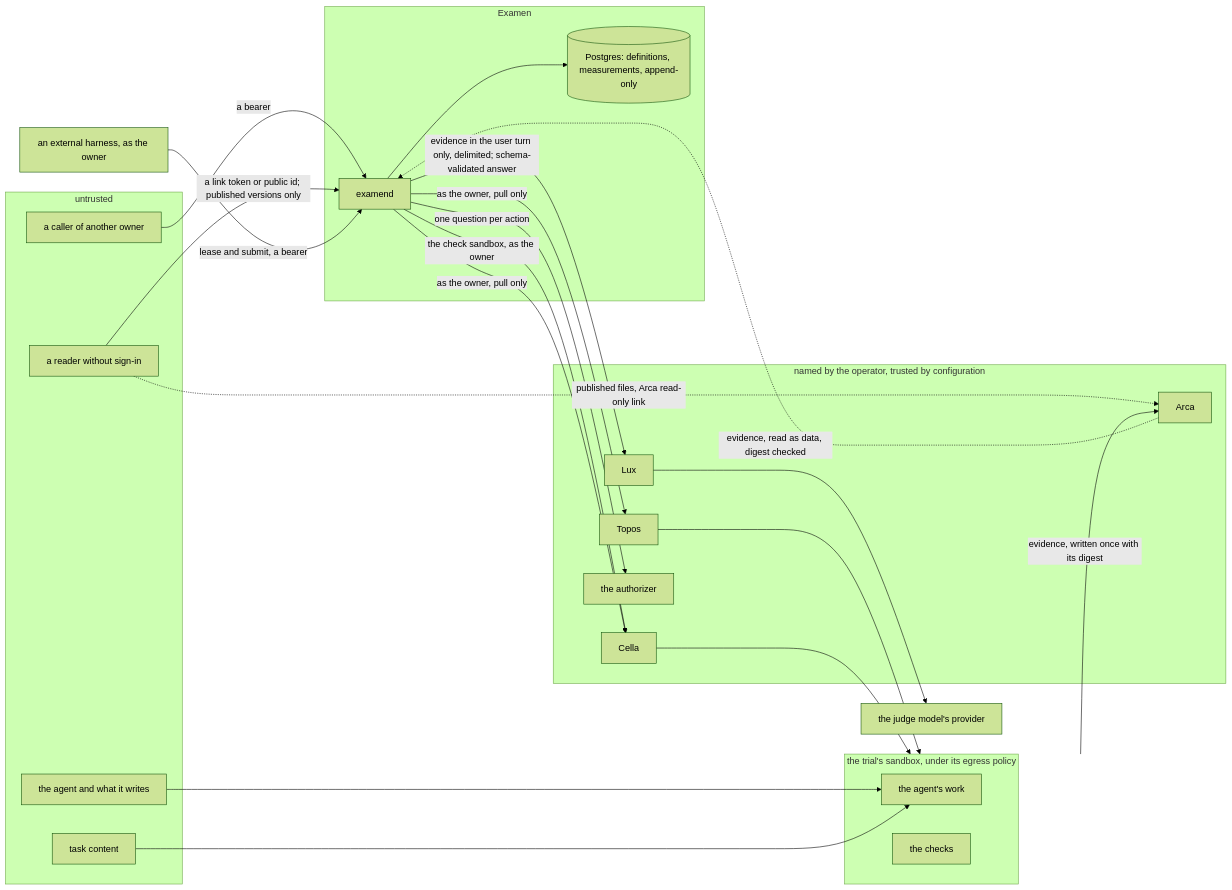
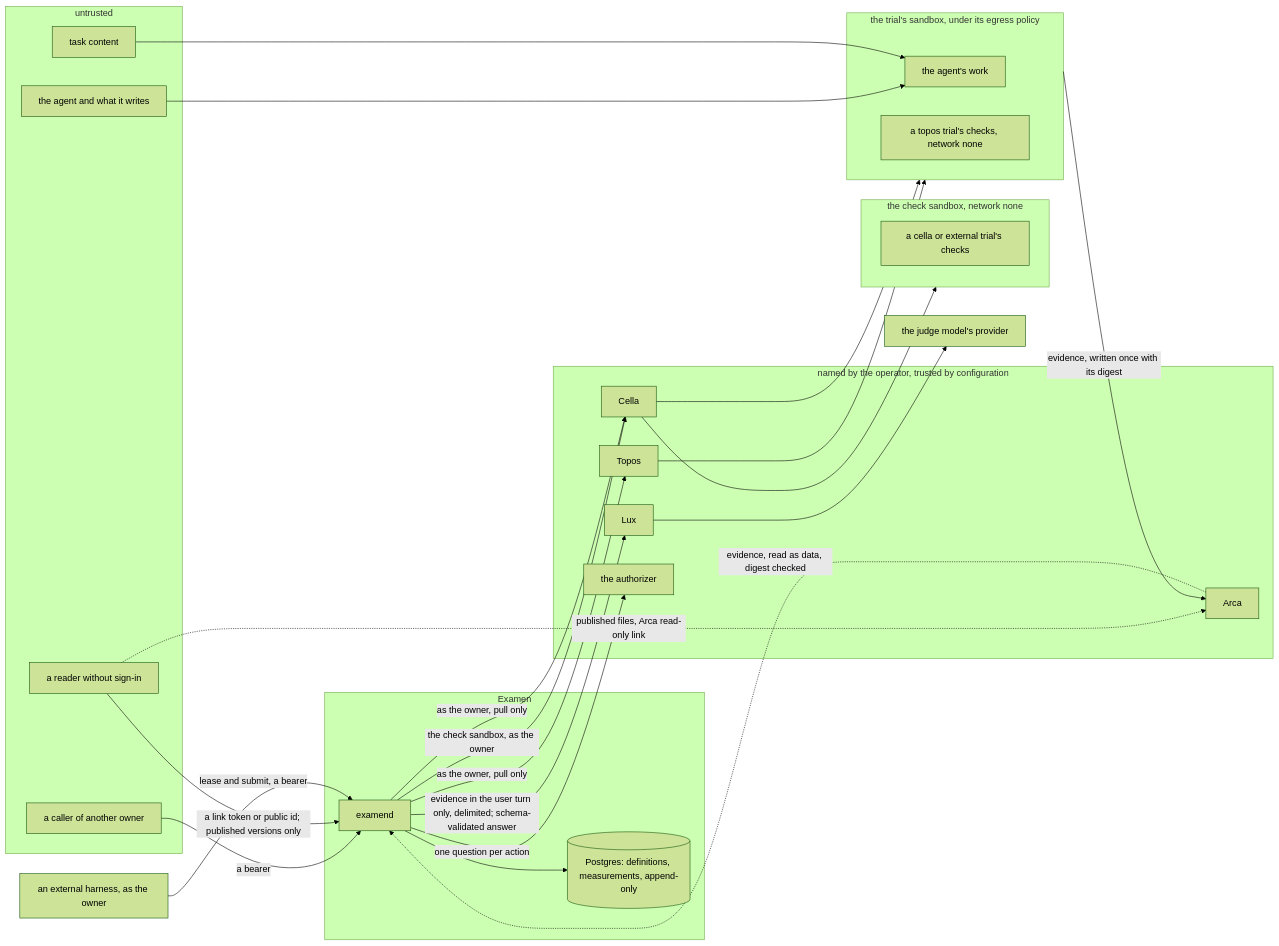
Before and after one commit to latere-ai/examen: the diagram in specs/012-security-and-threat-model.md, drawn with Mermaid (forest theme). The commit also changed other lines of this file and 13 other files, not shown here.

````diff
--- a/specs/012-security-and-threat-model.md
+++ b/specs/012-security-and-threat-model.md
@@ -74,43 +74,47 @@
 ```mermaid
 flowchart LR
   subgraph untrusted["untrusted"]
     caller["a caller of another owner"]
     reader["a reader without sign-in"]
     agent["the agent and what it writes"]
     content["task content"]
   end
   subgraph machine["the trial's sandbox, under its egress policy"]
     run["the agent's work"]
-    checks["the checks"]
+    checks["a topos trial's checks, network none"]
+  end
+  subgraph checkbox["the check sandbox, network none"]
+    cchecks["a cella or external trial's checks"]
   end
   subgraph examen["Examen"]
     examend["examend"]
     pg[("Postgres: definitions, measurements, append-only")]
   end
   subgraph cores["named by the operator, trusted by configuration"]
     topos["Topos"]
     cella["Cella"]
     lux["Lux"]
     arca["Arca"]
     az["the authorizer"]
   end
   provider["the judge model's provider"]
   harness["an external harness, as the owner"]
   caller -->|"a bearer"| examend
   reader -->|"a link token or public id; published versions only"| examend
   reader -. "published files, Arca read-only link" .-> arca
   harness -->|"lease and submit, a bearer"| examend
   examend -->|"the check sandbox, as the owner"| cella
+  cella --> checkbox
   examend -->|"one question per action"| az
   examend -->|"as the owner, pull only"| topos
   examend -->|"as the owner, pull only"| cella
   topos --> machine
   cella --> machine
   agent --> run
   content --> run
   machine -->|"evidence, written once with its digest"| arca
   arca -. "evidence, read as data, digest checked" .-> examend
   examend -->|"evidence in the user turn only, delimited; schema-validated answer"| lux
   lux --> provider
   examend --> pg
 ```
````
